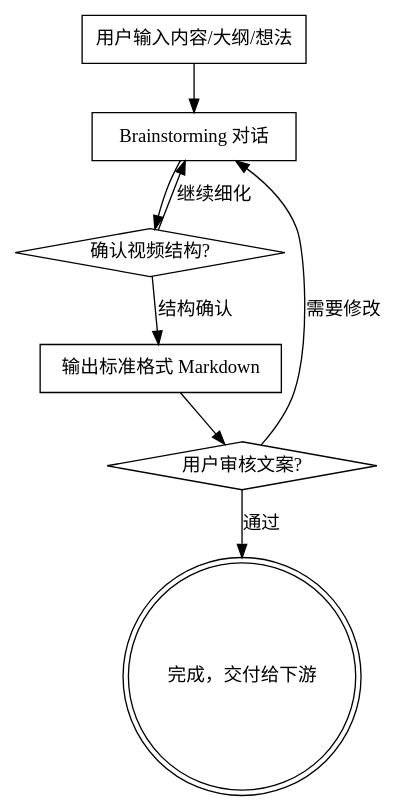
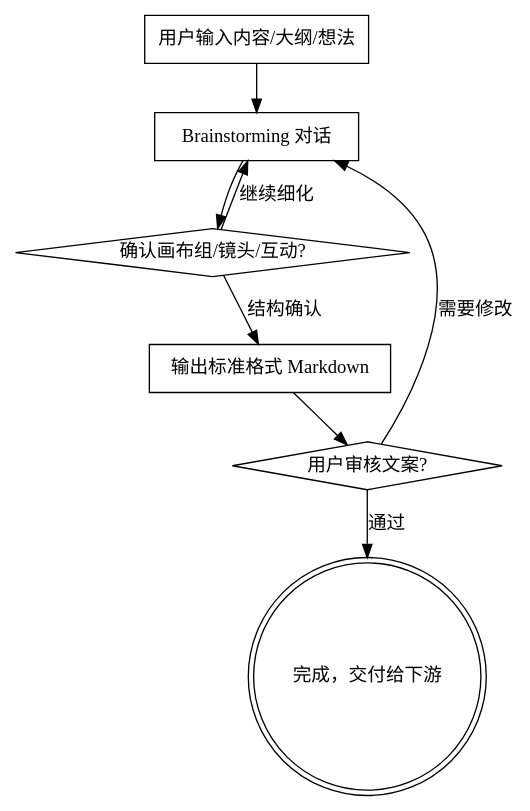
The diagram in .codebuddy/skills/markdown-scriptwriter/SKILL.md (cat-al/markdown-to-video), drawn with Graphviz before and after one commit. The commit also changed other lines of this file and 14 other files, not shown here.

````diff
--- a/.codebuddy/skills/markdown-scriptwriter/SKILL.md
+++ b/.codebuddy/skills/markdown-scriptwriter/SKILL.md
@@ -71,18 +84,18 @@
 ```dot
 digraph scriptwriter {
     "用户输入内容/大纲/想法" [shape=box];
     "Brainstorming 对话" [shape=box];
-    "确认视频结构?" [shape=diamond];
+    "确认画布组/镜头/互动?" [shape=diamond];
     "输出标准格式 Markdown" [shape=box];
     "用户审核文案?" [shape=diamond];
     "完成，交付给下游" [shape=doublecircle];
 
     "用户输入内容/大纲/想法" -> "Brainstorming 对话";
-    "Brainstorming 对话" -> "确认视频结构?";
-    "确认视频结构?" -> "Brainstorming 对话" [label="继续细化"];
-    "确认视频结构?" -> "输出标准格式 Markdown" [label="结构确认"];
+    "Brainstorming 对话" -> "确认画布组/镜头/互动?";
+    "确认画布组/镜头/互动?" -> "Brainstorming 对话" [label="继续细化"];
+    "确认画布组/镜头/互动?" -> "输出标准格式 Markdown" [label="结构确认"];
     "输出标准格式 Markdown" -> "用户审核文案?";
     "用户审核文案?" -> "Brainstorming 对话" [label="需要修改"];
     "用户审核文案?" -> "完成，交付给下游" [label="通过"];
 }
 ```
````
